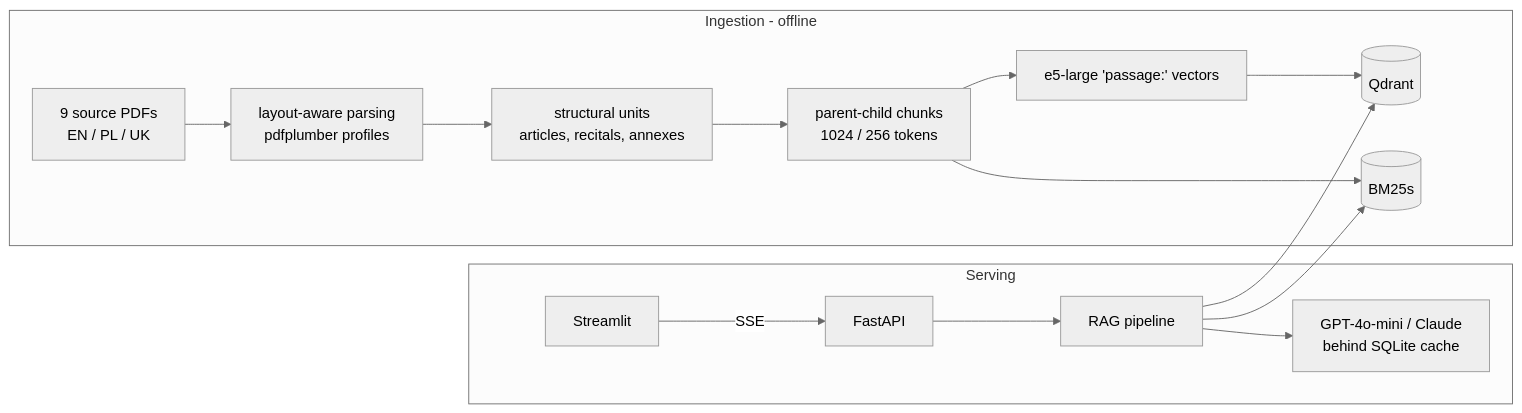
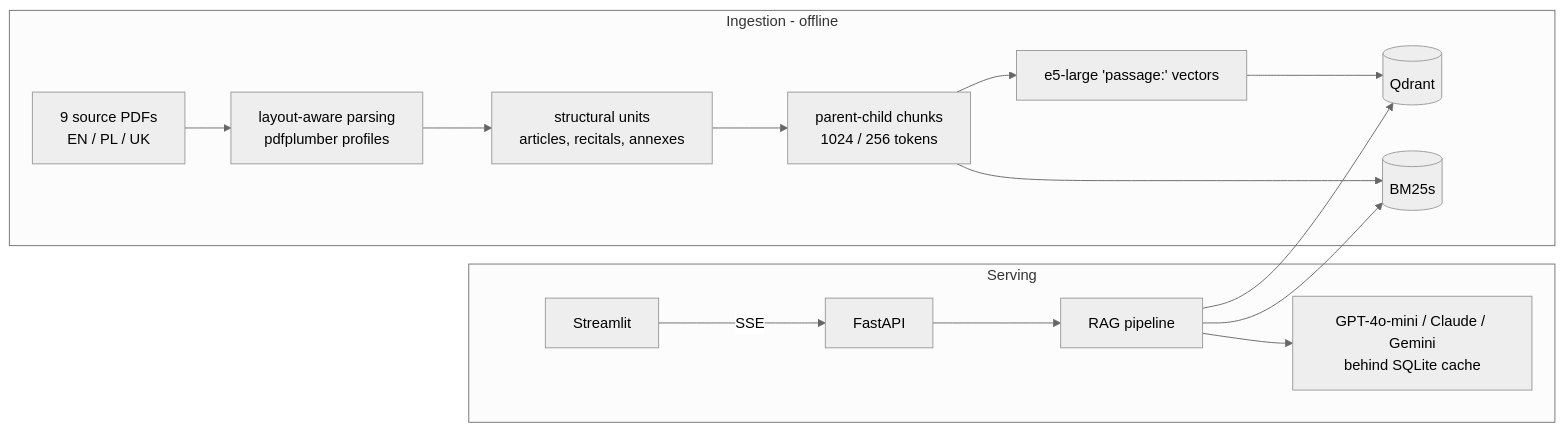
The diagram in README.md (tomeelow/multilingual-rag), drawn with Mermaid (neutral theme) before and after one commit. The commit also changed other lines of this file and 4 other files, not shown here.

````diff
--- a/README.md
+++ b/README.md
@@ -16,18 +16,18 @@
 ```mermaid
 flowchart LR
     subgraph ingestion [Ingestion - offline]
         PDF[9 source PDFs<br/>EN / PL / UK] --> Parse[layout-aware parsing<br/>pdfplumber profiles]
         Parse --> Units[structural units<br/>articles, recitals, annexes]
         Units --> Chunks[parent-child chunks<br/>1024 / 256 tokens]
         Chunks --> Embed["e5-large 'passage:' vectors"]
         Embed --> Q[(Qdrant)]
         Chunks --> B[(BM25s)]
     end
     subgraph serving [Serving]
         UI[Streamlit] -->|SSE| API[FastAPI]
         API --> RAG[RAG pipeline]
         RAG --> Q
         RAG --> B
-        RAG --> LLM[GPT-4o-mini / Claude<br/>behind SQLite cache]
+        RAG --> LLM[GPT-4o-mini / Claude / Gemini<br/>behind SQLite cache]
     end
 ```
````
